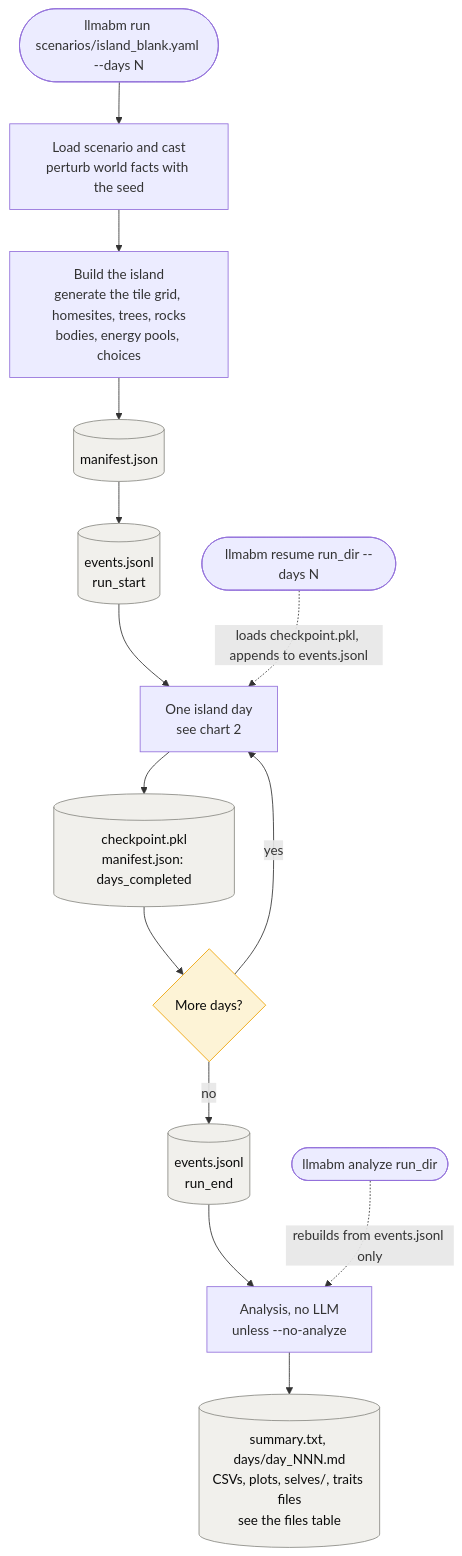
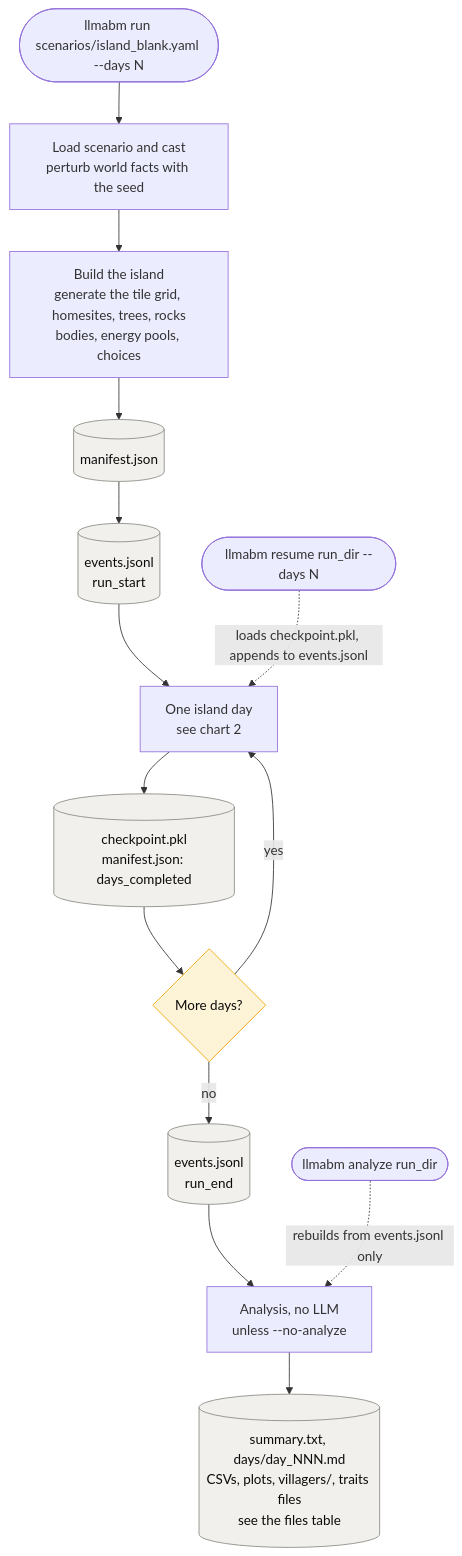
One commit to harjonillo/multiagent-island changed the first of 3 diagrams in docs/day_flow.md. Above: the diagram before and after it, drawn with Mermaid. The commit also changed other lines of this file and 1053 other files, not shown here.

````diff
--- a/docs/day_flow.md
+++ b/docs/day_flow.md
@@ -15,29 +15,29 @@
 ```mermaid
 flowchart TD
     classDef llm fill:#e9e3fb,stroke:#6250d6,color:#1b1240
     classDef file fill:#f1f0ec,stroke:#8a8984,color:#0b0b0b
     classDef gate fill:#fdf3d6,stroke:#eda100,color:#0b0b0b
 
     start(["llmabm run scenarios/island_blank.yaml --days N"])
     load["Load scenario and cast<br/>perturb world facts with the seed"]
     init["Build the island<br/>generate the tile grid, homesites, trees, rocks<br/>bodies, energy pools, choices"]
     manifest[("manifest.json")]
     events[("events.jsonl<br/>run_start")]
     day["One island day<br/>see chart 2"]
     ckpt[("checkpoint.pkl<br/>manifest.json: days_completed")]
     more{"More days?"}
     endrun[("events.jsonl<br/>run_end")]
     analyze["Analysis, no LLM<br/>unless --no-analyze"]
-    outs[("summary.txt, days/day_NNN.md<br/>CSVs, plots, selves/, traits files<br/>see the files table")]
+    outs[("summary.txt, days/day_NNN.md<br/>CSVs, plots, villagers/, traits files<br/>see the files table")]
     resume(["llmabm resume run_dir --days N"])
     reanalyze(["llmabm analyze run_dir"])
 
     start --> load --> init --> manifest --> events --> day --> ckpt --> more
     more -- yes --> day
     more -- no --> endrun --> analyze --> outs
     resume -. "loads checkpoint.pkl, appends to events.jsonl" .-> day
     reanalyze -. "rebuilds from events.jsonl only" .-> analyze
 
     class manifest,events,ckpt,endrun,outs file
     class more gate
 ```
````
